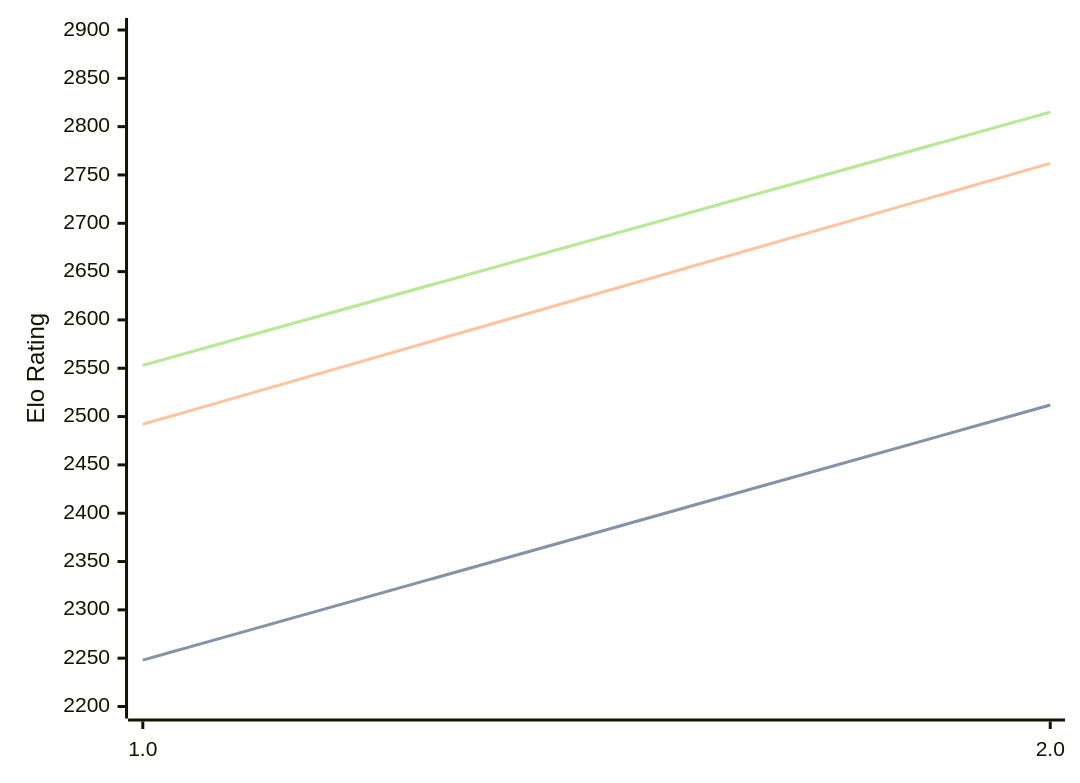
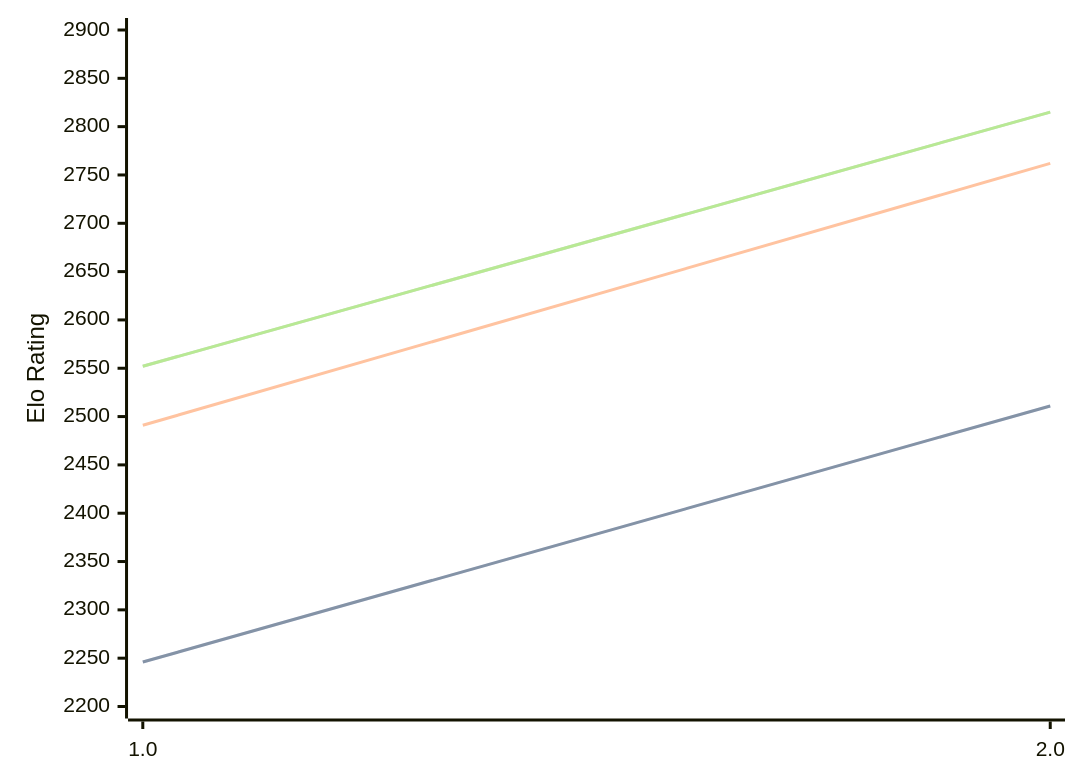
One commit to computer-chess-index/cci changed the diagram in engines/Revolver.md. Above: the diagram before and after it, drawn with Mermaid. The commit also changed other lines of this file, not shown here.

Commit message:
Update CCI Ratings (ELO VLTC) - 2026-08-04

````diff
--- a/engines/Revolver.md
+++ b/engines/Revolver.md
@@ -32,11 +32,11 @@
 ```mermaid
 %%{init: {"theme":"base","themeVariables":{"seriesColors:['#a3a3a3','#222221','#faa371']}}}%%
 xychart-beta
   x-axis ["1.0", "2.0"]
   y-axis "Elo Rating" 2200 --> 2900
-  line "STC (8.0+0.08s)" [2248, 2512]
-  line "STC (8.0+0.08s)" [2248, 2512]
-  line "LTC (60.0+0.60s)" [2492, 2762]
-  line "VLTC (2m24s+1.12s)" [2553, 2815]
-  line "VLTC (2m24s+1.12s)" [2553, 2815]
+  line "STC (8.0+0.08s)" [2246, 2511]
+  line "STC (8.0+0.08s)" [2246, 2511]
+  line "LTC (60.0+0.60s)" [2491, 2762]
+  line "VLTC (2m24s+1.12s)" [2552, 2815]
+  line "VLTC (2m24s+1.12s)" [2552, 2815]
 ```
````
